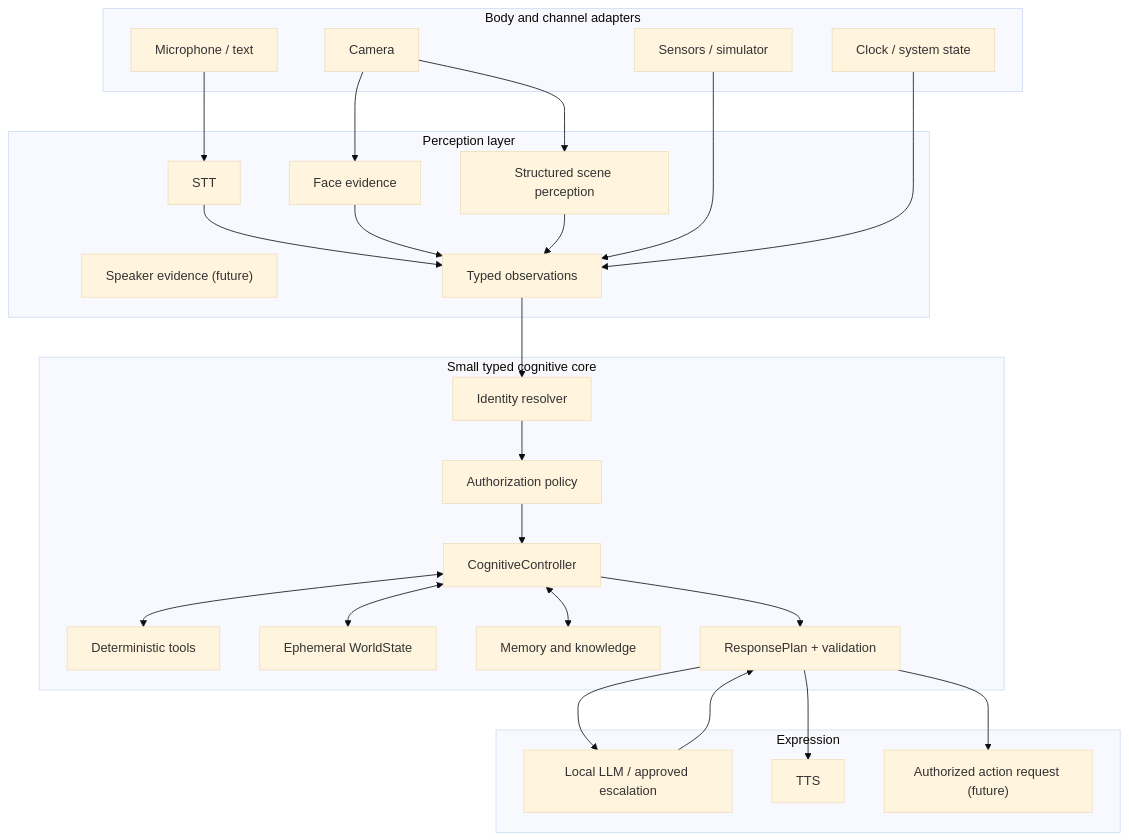
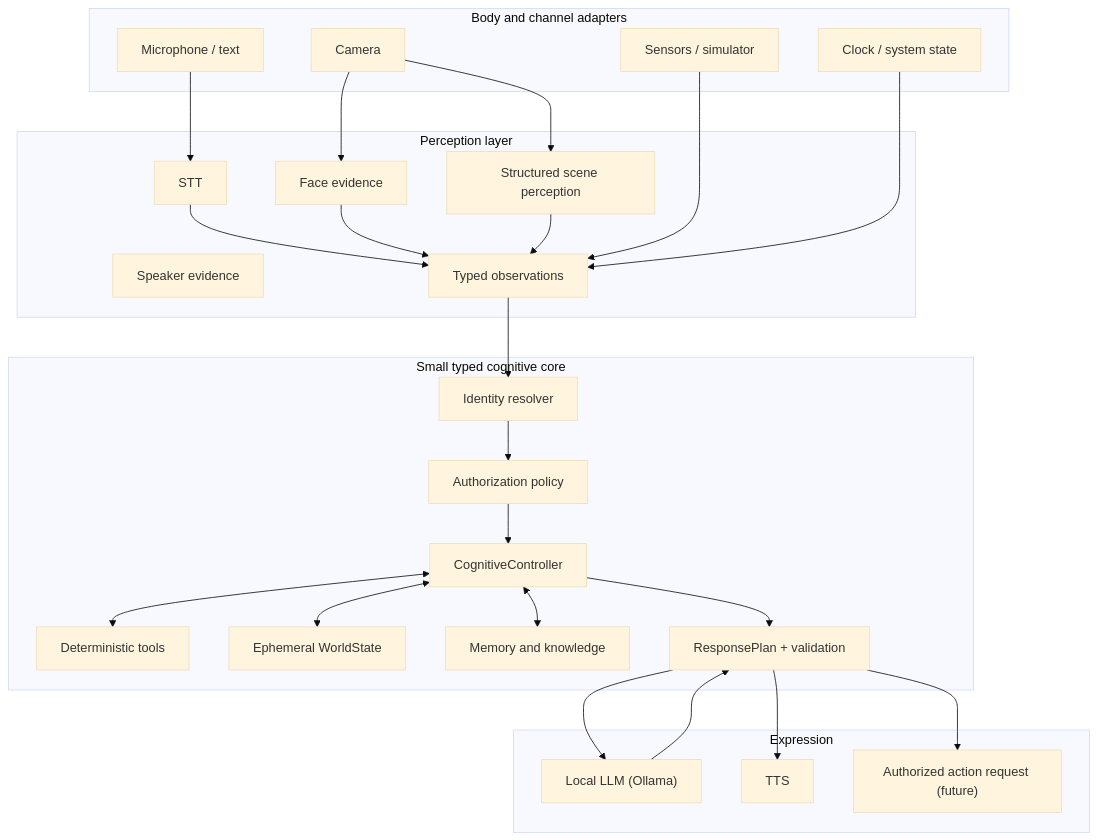
Before and after one commit to pipec80/irokorobot: the diagram in docs/architecture/cognitive-architecture.md, drawn with Mermaid (base theme). The commit also changed other lines of this file and 37 other files, not shown here.

````diff
--- a/docs/architecture/cognitive-architecture.md
+++ b/docs/architecture/cognitive-architecture.md
@@ -100,50 +108,50 @@
 ```mermaid
 flowchart TB
     subgraph BODY["Body and channel adapters"]
         MIC["Microphone / text"]
         CAM["Camera"]
         SENSOR["Sensors / simulator"]
         SYSTEM["Clock / system state"]
     end
 
     subgraph PERCEPTION["Perception layer"]
         STT["STT"]
         FACE["Face evidence"]
-        VOICE["Speaker evidence (future)"]
+        VOICE["Speaker evidence"]
         SCENE["Structured scene perception"]
         NORMALIZE["Typed observations"]
     end
 
     subgraph COGNITION["Small typed cognitive core"]
         IDENTITY["Identity resolver"]
         POLICY["Authorization policy"]
         CONTROLLER["CognitiveController"]
         TOOLS["Deterministic tools"]
         WORLD["Ephemeral WorldState"]
         MEMORY["Memory and knowledge"]
         PLAN["ResponsePlan + validation"]
     end
 
     subgraph GENERATION["Expression"]
-        LLM["Local LLM / approved escalation"]
+        LLM["Local LLM (Ollama)"]
         TTS["TTS"]
         ACTION["Authorized action request (future)"]
     end
 
     MIC --> STT --> NORMALIZE
     CAM --> FACE --> NORMALIZE
     CAM --> SCENE --> NORMALIZE
     SENSOR --> NORMALIZE
     SYSTEM --> NORMALIZE
     NORMALIZE --> IDENTITY
     IDENTITY --> POLICY
     POLICY --> CONTROLLER
     CONTROLLER <--> TOOLS
     CONTROLLER <--> WORLD
     CONTROLLER <--> MEMORY
     CONTROLLER --> PLAN
     PLAN --> LLM
     LLM --> PLAN
     PLAN --> TTS
     PLAN --> ACTION
 ```
````
